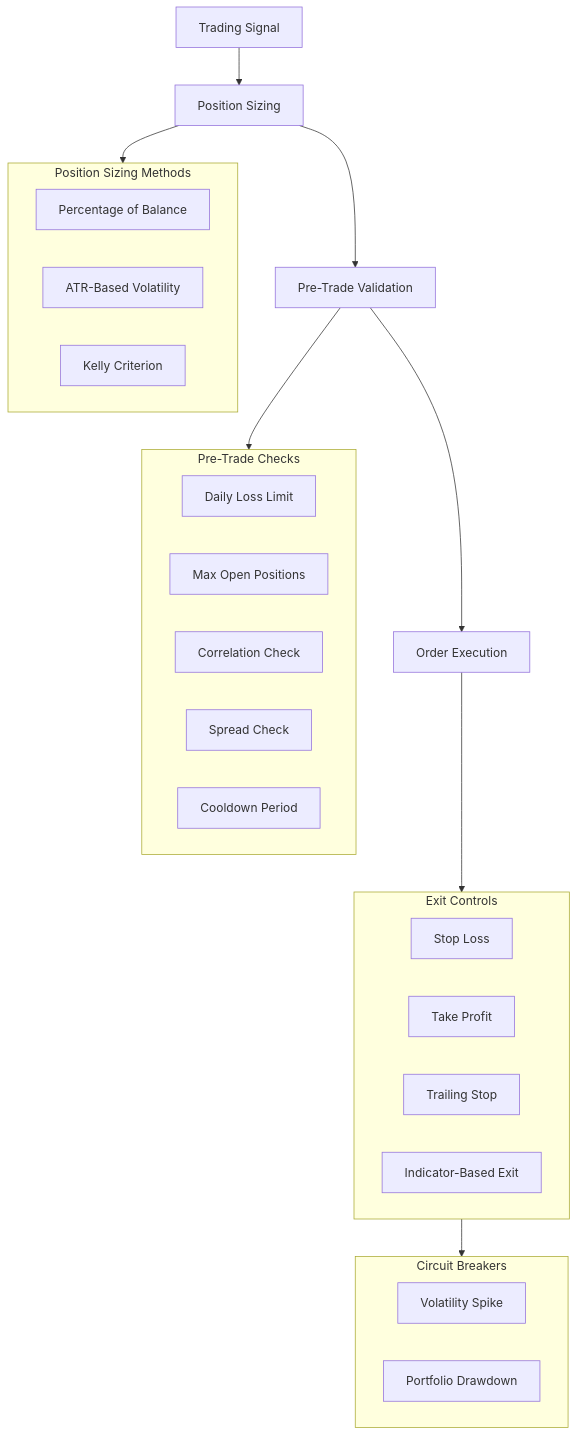
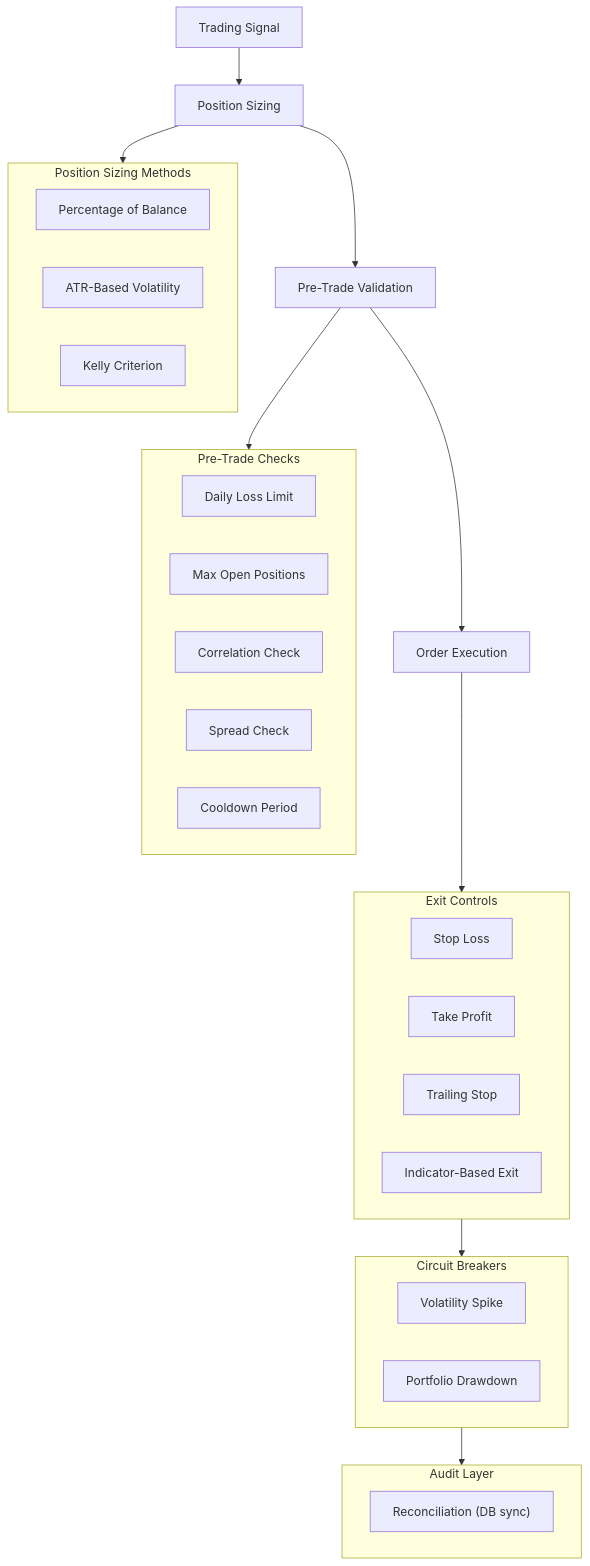
One commit to micheal-donald/akibaCryptobot changed the diagram in docs/RISK_MANAGEMENT.md. Above: the diagram before and after it, drawn with Mermaid. The commit also changed other lines of this file and 2 other files, not shown here.

Commit message:
docs: added risk reconciliation, freqai model lifecycle, and async testing guide (fixed whitespace)

````diff
--- a/docs/RISK_MANAGEMENT.md
+++ b/docs/RISK_MANAGEMENT.md
@@ -9,37 +9,42 @@
 ```mermaid
 flowchart TB
     SIGNAL["Trading Signal"] --> PS["Position Sizing"]
     PS --> VALIDATE["Pre-Trade Validation"]
     VALIDATE --> EXEC["Order Execution"]
 
     subgraph Sizing["Position Sizing Methods"]
         PCT["Percentage of Balance"]
         ATR["ATR-Based Volatility"]
         KELLY["Kelly Criterion"]
     end
 
     subgraph Checks["Pre-Trade Checks"]
         DAILY["Daily Loss Limit"]
         MAX["Max Open Positions"]
         CORR["Correlation Check"]
         SPREAD["Spread Check"]
         COOLDOWN["Cooldown Period"]
     end
 
     subgraph Exit["Exit Controls"]
         SL["Stop Loss"]
         TP["Take Profit"]
         TS["Trailing Stop"]
         IND["Indicator-Based Exit"]
     end
 
     subgraph Circuit["Circuit Breakers"]
         VOL["Volatility Spike"]
         DD["Portfolio Drawdown"]
     end
 
+    subgraph Monitoring["Audit Layer"]
+        REC["Reconciliation (DB sync)"]
+    end
+
     PS --> Sizing
     VALIDATE --> Checks
     EXEC --> Exit
     Exit --> Circuit
+    Circuit --> Monitoring
 ```
````
